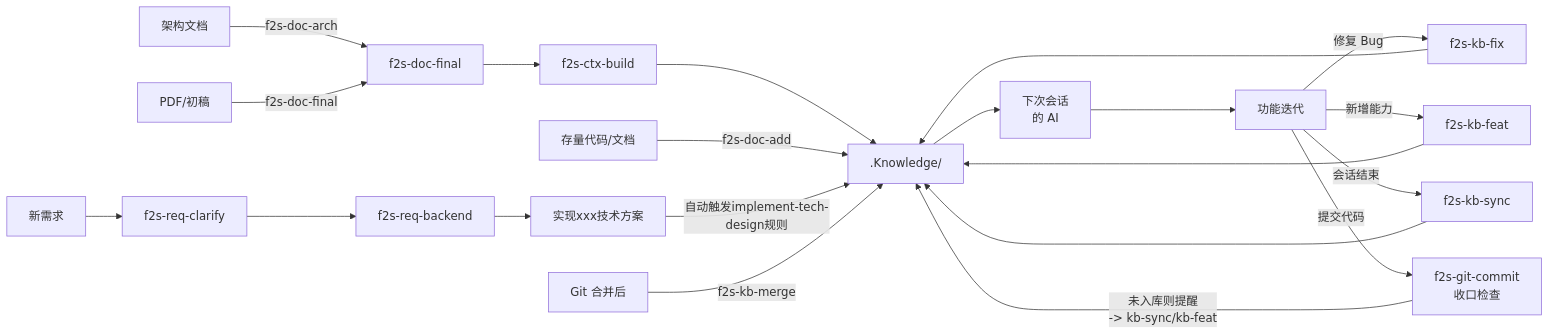
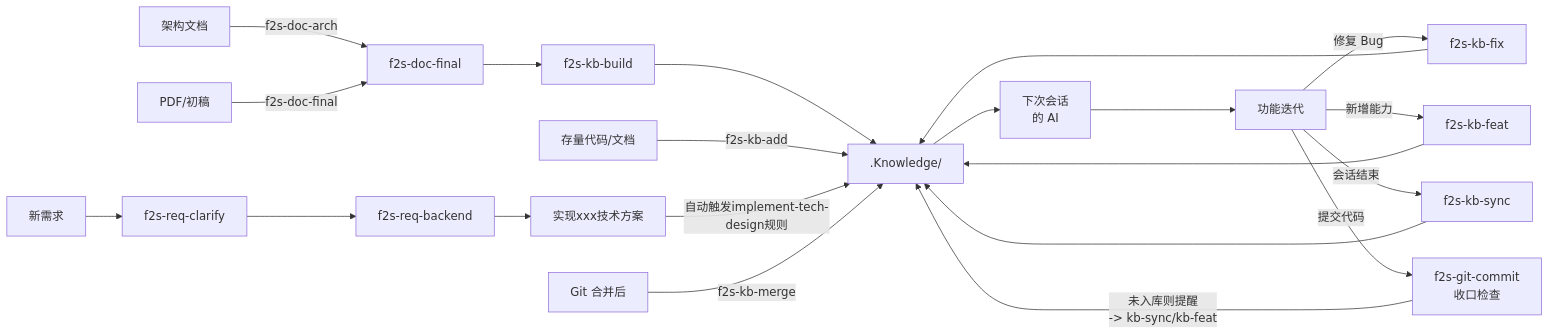
Before and after one commit to Lands-1203/Flow2Spec: the fifth of 9 diagrams in docs/设计说明.md, drawn with Mermaid. The commit also changed other lines of this file and 107 other files, not shown here.

````diff
--- a/docs/设计说明.md
+++ b/docs/设计说明.md
@@ -132,22 +132,22 @@
 ```mermaid
 graph LR
     K[".Knowledge/"] --> AI["下次会话\n的 AI"]
     AI --> C["功能迭代"]
 
     C -->|"修复 Bug"| FIX["f2s-kb-fix"] --> K
     C -->|"新增能力"| FEAT["f2s-kb-feat"] --> K
     C -->|"会话结束"| SYNC["f2s-kb-sync"] --> K
     C -->|"提交代码"| CMT["f2s-git-commit\n收口检查"]
     CMT -->|"未入库则提醒\n-> kb-sync/kb-feat"| K
 
     D1["架构文档"] -->|f2s-doc-arch| FIN["f2s-doc-final"]
     D2["PDF/初稿"] -->|f2s-doc-final| FIN
-    FIN --> CTX["f2s-ctx-build"] --> K
+    FIN --> CTX["f2s-kb-build"] --> K
 
-    OLD["存量代码/文档"] -->|f2s-doc-add| K
+    OLD["存量代码/文档"] -->|f2s-kb-add| K
 
     NR["新需求"] --> CL["f2s-req-clarify"] --> BE["f2s-req-backend"]
     BE --> IMPL["实现xxx技术方案"] -->|自动触发implement-tech-design规则| K
 
     GIT["Git 合并后"] -->|f2s-kb-merge| K
 ```
````
